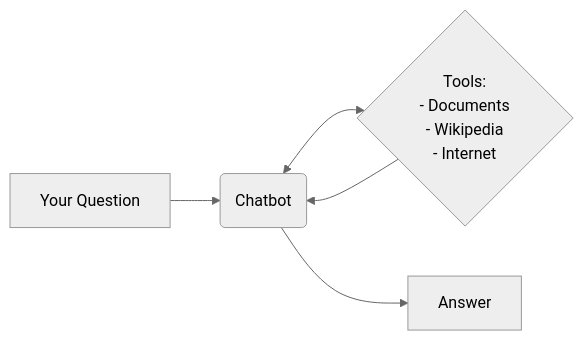
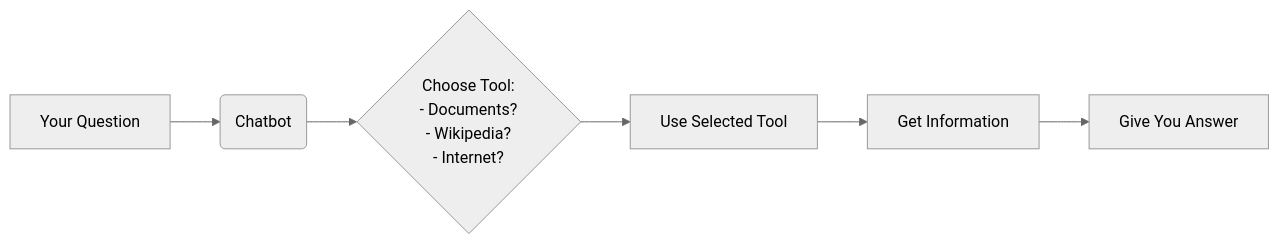
Before and after one commit to kanad13/Agentic-AI: the first of 4 diagrams in readme.md, drawn with Mermaid (neutral theme). The commit also changed other lines of this file and 3 other files, not shown here.

````diff
--- a/readme.md
+++ b/readme.md
@@ -26,7 +32,8 @@
 ```mermaid
 graph LR
     A[Your Question] --> B(Chatbot);
-    B <--> C{Tools:<br> - Documents<br> - Wikipedia<br> - Internet};
-    C --> B;
-    B --> D[Answer];
+    B --> C{Choose Tool:<br> - Documents?<br> - Wikipedia?<br> - Internet?};
+    C --> D[Use Selected Tool];
+    D --> E[Get Information];
+    E --> F[Give You Answer];
 ```
````
